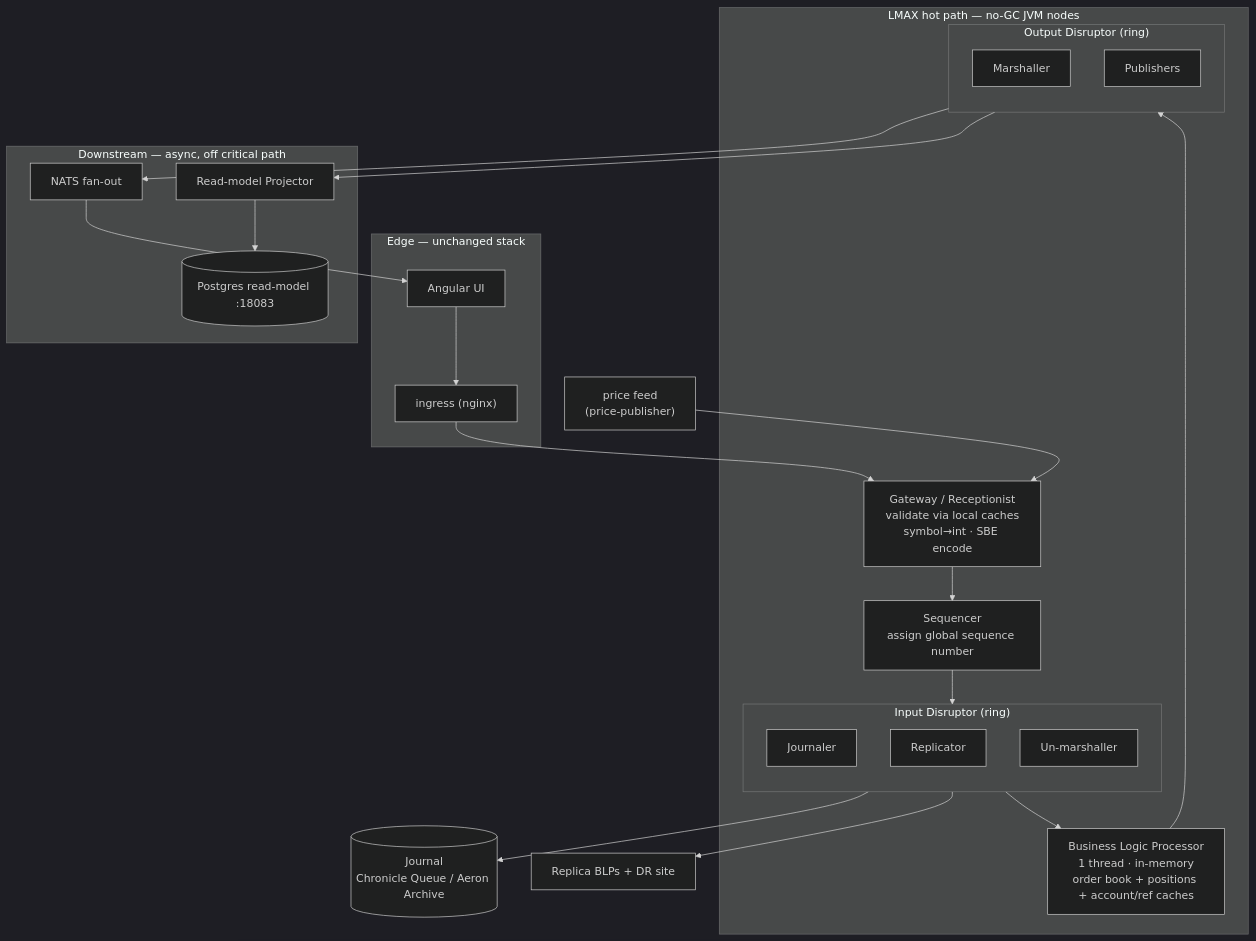
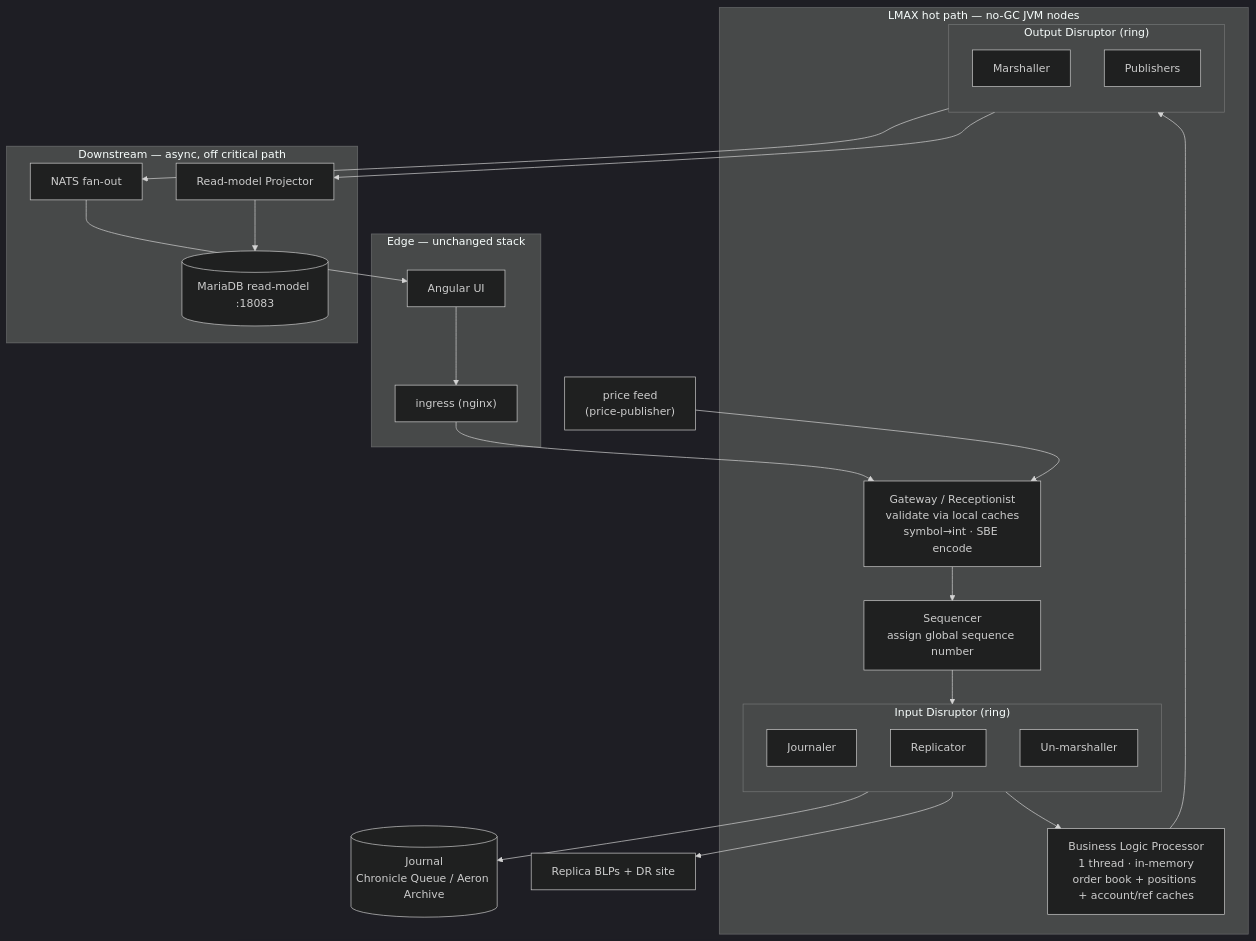
Before and after one commit to YU-CS-Summer-2026-Distributed-TraderX/traderX: the third of 8 diagrams in LMAX-SEQUENCER-ARCHITECTURE.md, drawn with Mermaid (dark theme). The commit also changed other lines of this file and 16 other files, not shown here.

````diff
--- a/LMAX-SEQUENCER-ARCHITECTURE.md
+++ b/LMAX-SEQUENCER-ARCHITECTURE.md
@@ -153,46 +153,46 @@
 ```mermaid
 flowchart TB
   subgraph EDGE["Edge — unchanged stack"]
     UI["Angular UI"]
     INGX["ingress (nginx)"]
   end
 
   PRICE["price feed<br/>(price-publisher)"]
 
   subgraph HOT["LMAX hot path — no-GC JVM nodes"]
     GW["Gateway / Receptionist<br/>validate via local caches<br/>symbol→int · SBE encode"]
     SEQ["Sequencer<br/>assign global sequence number"]
 
     subgraph IND["Input Disruptor (ring)"]
       direction TB
       JR["Journaler"]
       RP["Replicator"]
       UM["Un-marshaller"]
     end
 
     BLP["Business Logic Processor<br/>1 thread · in-memory<br/>order book + positions + account/ref caches"]
 
     subgraph OUTD["Output Disruptor (ring)"]
       direction TB
       MA["Marshaller"]
       PBL["Publishers"]
     end
   end
 
   subgraph DOWN["Downstream — async, off critical path"]
     NATS["NATS fan-out"]
     PRJ["Read-model Projector"]
-    PG[("Postgres read-model :18083")]
+    PG[("MariaDB read-model :18083")]
   end
 
   JSTORE[("Journal<br/>Chronicle Queue / Aeron Archive")]
   REPL["Replica BLPs + DR site"]
 
   UI --> INGX --> GW
   PRICE --> GW
   GW --> SEQ --> IND --> BLP --> OUTD
   JR --> JSTORE
   RP --> REPL
   PBL --> NATS --> UI
   PBL --> PRJ --> PG
 ```
````
